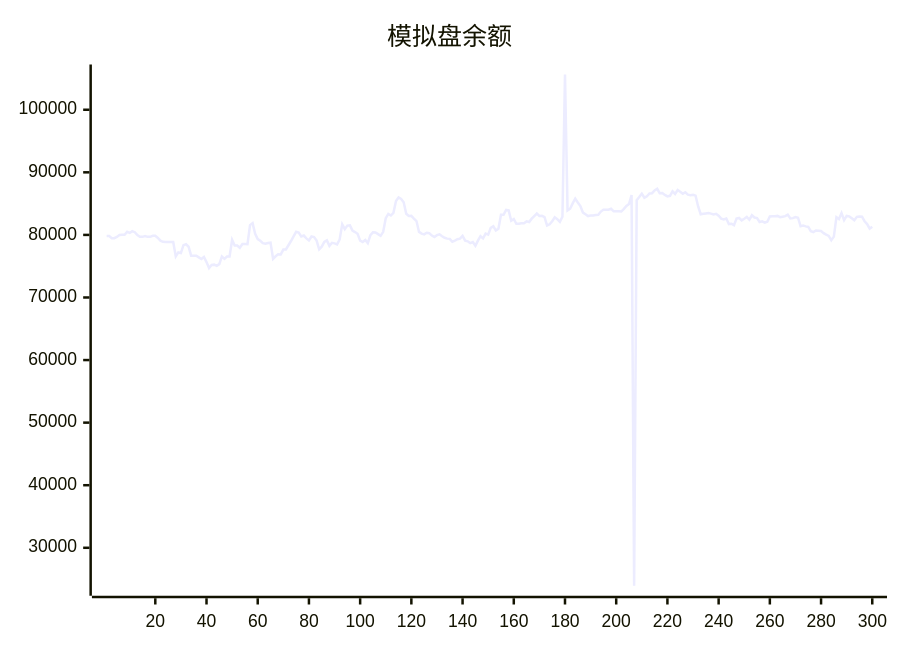
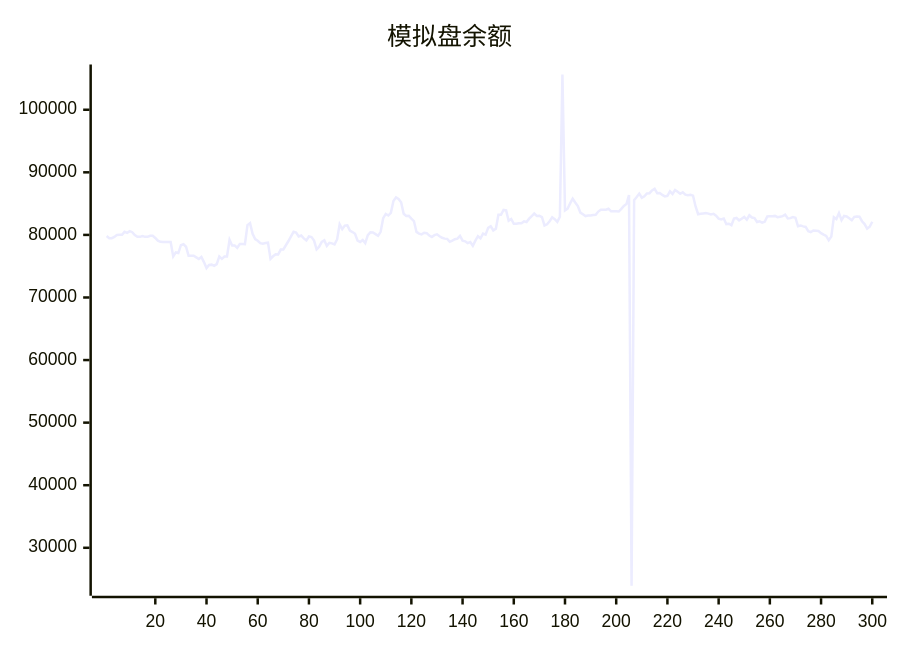
Before and after one commit to aahl/ai-trading: the diagram in README.md, drawn with Mermaid. The commit also changed other lines of this file and 1 other file, not shown here.

````diff
--- a/README.md
+++ b/README.md
@@ -5,5 +5,5 @@
 ```mermaid
 xychart
     title "模拟盘余额"
-    line [79813,79813,79476,79469,79673,79995,80015,80015,80486,80314,80600,80436,79966,79689,79689,79819,79692,79692,79850,79850,79518,79071,78889,78850,78850,78878,78878,76554,77202,77103,78357,78510,78106,76678,76677,76672,76411,76159,76485,75656,74695,75197,75246,75052,75334,76564,76179,76553,76551,79196,78300,78300,77944,78531,78531,78521,81564,81884,80160,79335,79055,78675,78580,78708,78764,76179,76586,76902,76876,77658,77669,78346,79023,79769,80497,80366,79761,79896,79448,79126,79749,79658,79097,77695,78114,78888,79126,78249,78738,78653,78478,79271,81680,80923,81488,81527,80681,80455,80190,79084,78879,79193,78686,79954,80403,80374,80118,79848,80491,82665,83351,83098,83525,85430,85983,85737,85221,83378,83014,83043,82613,82216,80477,80208,80081,80348,80277,79894,79670,79965,80093,79786,79542,79406,79371,78893,79087,79304,79406,79841,79072,78978,78696,78846,78272,79085,79787,79442,80198,80031,81120,81379,80718,80985,83214,83212,83993,83921,82270,82547,81776,81776,81866,81866,82158,82061,82596,83000,83408,83041,83050,82858,81503,81691,82188,82812,82517,82092,82901,105633,83898,84180,85030,85781,85178,84604,83569,83298,83008,83093,83107,83175,83228,83729,84025,84017,84019,84177,83775,83762,83785,83738,84160,84639,84939,86370,23934,85548,86046,86599,85942,86161,86622,86664,87115,87369,86666,86685,86384,86152,86243,86969,86548,87164,86885,86566,86809,86427,86348,86417,86273,84538,83299,83369,83430,83490,83404,83270,83362,83056,82605,82459,82614,81734,81788,81551,82598,82702,82320,82580,82878,82426,83139,82778,82686,82056,82166,81963,82110,82951,82983,82984,83038,82838,82915,82998,83235,82642,82682,82858,82746,81396,81512,81362,81277,80600,80461,80699,80673,80616,80288,80038,79836,79142,79722,82837,82533,83480,82366,83032,82960,82654,82330,82883,82934,82901,82188,81728,81005,81298]
+    line [79813,79476,79469,79673,79995,80015,80015,80486,80314,80600,80436,79966,79689,79689,79819,79692,79692,79850,79850,79518,79071,78889,78850,78850,78878,78878,76554,77202,77103,78357,78510,78106,76678,76677,76672,76411,76159,76485,75656,74695,75197,75246,75052,75334,76564,76179,76553,76551,79196,78300,78300,77944,78531,78531,78521,81564,81884,80160,79335,79055,78675,78580,78708,78764,76179,76586,76902,76876,77658,77669,78346,79023,79769,80497,80366,79761,79896,79448,79126,79749,79658,79097,77695,78114,78888,79126,78249,78738,78653,78478,79271,81680,80923,81488,81527,80681,80455,80190,79084,78879,79193,78686,79954,80403,80374,80118,79848,80491,82665,83351,83098,83525,85430,85983,85737,85221,83378,83014,83043,82613,82216,80477,80208,80081,80348,80277,79894,79670,79965,80093,79786,79542,79406,79371,78893,79087,79304,79406,79841,79072,78978,78696,78846,78272,79085,79787,79442,80198,80031,81120,81379,80718,80985,83214,83212,83993,83921,82270,82547,81776,81776,81866,81866,82158,82061,82596,83000,83408,83041,83050,82858,81503,81691,82188,82812,82517,82092,82901,105633,83898,84180,85030,85781,85178,84604,83569,83298,83008,83093,83107,83175,83228,83729,84025,84017,84019,84177,83775,83762,83785,83738,84160,84639,84939,86370,23934,85548,86046,86599,85942,86161,86622,86664,87115,87369,86666,86685,86384,86152,86243,86969,86548,87164,86885,86566,86809,86427,86348,86417,86273,84538,83299,83369,83430,83490,83404,83270,83362,83056,82605,82459,82614,81734,81788,81551,82598,82702,82320,82580,82878,82426,83139,82778,82686,82056,82166,81963,82110,82951,82983,82984,83038,82838,82915,82998,83235,82642,82682,82858,82746,81396,81512,81362,81277,80600,80461,80699,80673,80616,80288,80038,79836,79142,79722,82837,82533,83480,82366,83032,82960,82654,82330,82883,82934,82901,82188,81728,81005,81298,82110]
 ```
````
